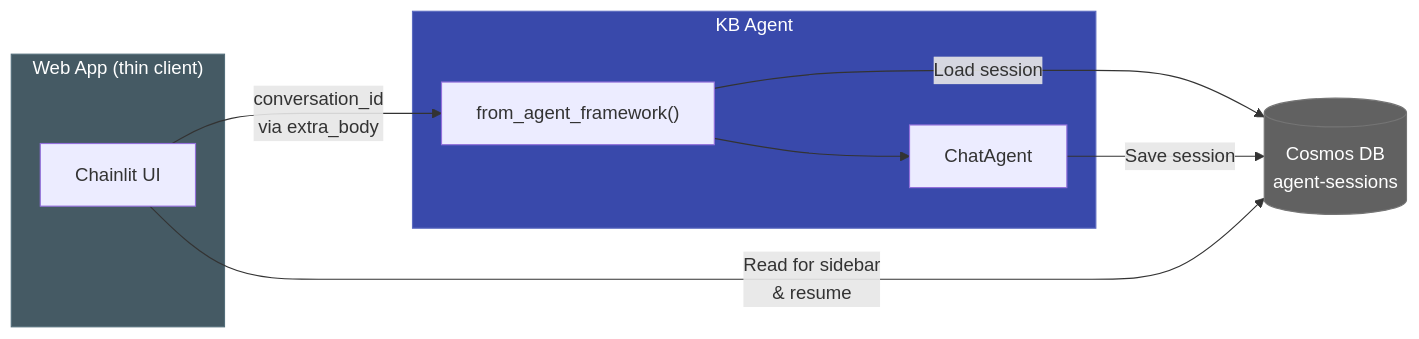
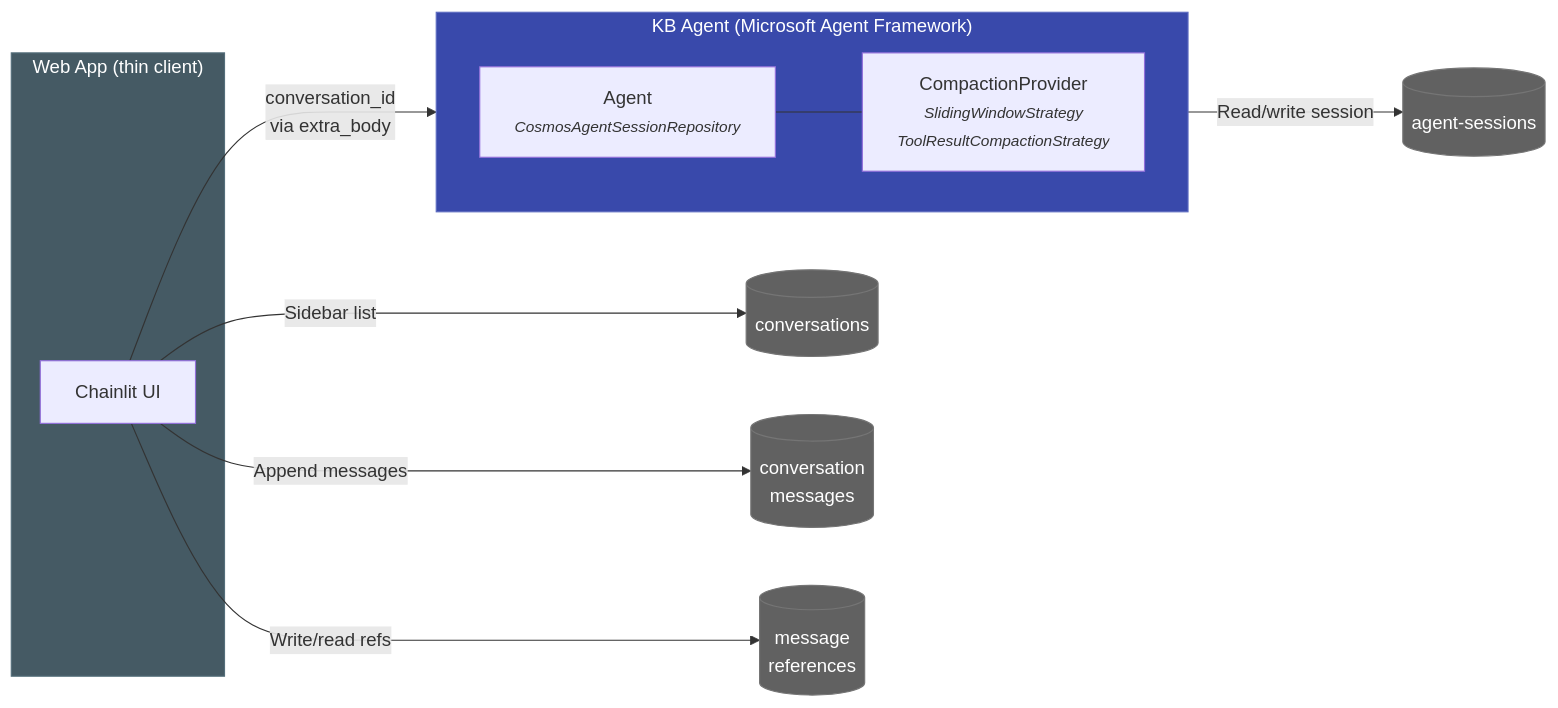
Before and after one commit to aldelar/azure-knowledge-base-ingestion: the fourth of 9 diagrams in README.md, drawn with Mermaid. The commit also changed other lines of this file and 33 other files, not shown here.

````diff
--- a/README.md
+++ b/README.md
@@ -141,23 +139,31 @@
 ```mermaid
 flowchart LR
     subgraph WebApp["Web App (thin client)"]
         UI["Chainlit UI"]
     end
 
-    subgraph Agent["KB Agent"]
-        FW["from_agent_framework()"]
-        CA["ChatAgent"]
+    subgraph Agent["KB Agent (Microsoft Agent Framework)"]
+        direction LR
+        AG["Agent<br/><small><i>CosmosAgentSessionRepository</i></small>"]
+        CP["CompactionProvider<br/><small><i>SlidingWindowStrategy</i></small><br/><small><i>ToolResultCompactionStrategy</i></small>"]
+        AG --- CP
     end
 
-    DB[("Cosmos DB<br/>agent-sessions")]
+    Sessions[("agent-sessions")]
+    Conv[("conversations")]
+    Msgs[("conversation<br/>messages")]
+    Refs[("message<br/>references")]
 
-    UI -->|"conversation_id<br/>via extra_body"| FW
-    FW -->|"Load session"| DB
-    FW --> CA
-    CA -->|"Save session"| DB
-    UI -->|"Read for sidebar<br/>& resume"| DB
+    UI -->|"conversation_id<br/>via extra_body"| AG
+    AG -->|"Read/write session"| Sessions
+    UI -->|"Sidebar list"| Conv
+    UI -->|"Append messages"| Msgs
+    UI -->|"Write/read refs"| Refs
 
     style WebApp fill:#455a64,stroke:#546e7a,color:#ffffff
     style Agent fill:#3949ab,stroke:#5c6bc0,color:#ffffff
-    style DB fill:#616161,stroke:#757575,color:#ffffff
+    style Sessions fill:#616161,stroke:#757575,color:#ffffff
+    style Conv fill:#616161,stroke:#757575,color:#ffffff
+    style Msgs fill:#616161,stroke:#757575,color:#ffffff
+    style Refs fill:#616161,stroke:#757575,color:#ffffff
 ```
````
